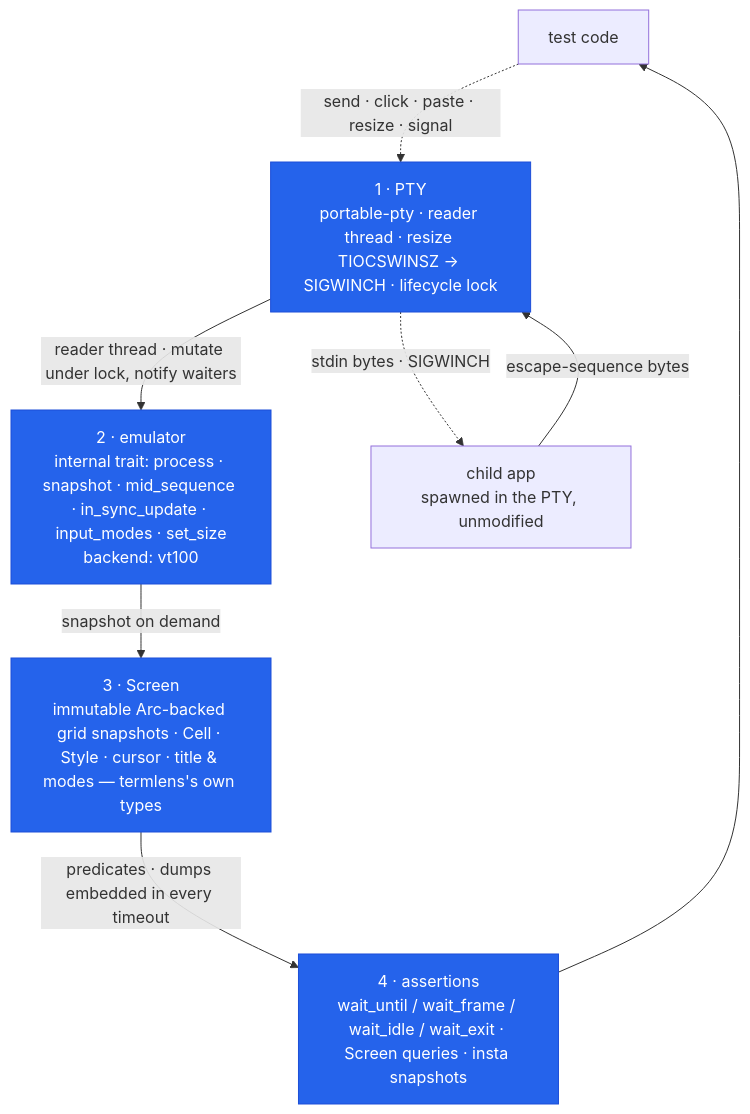
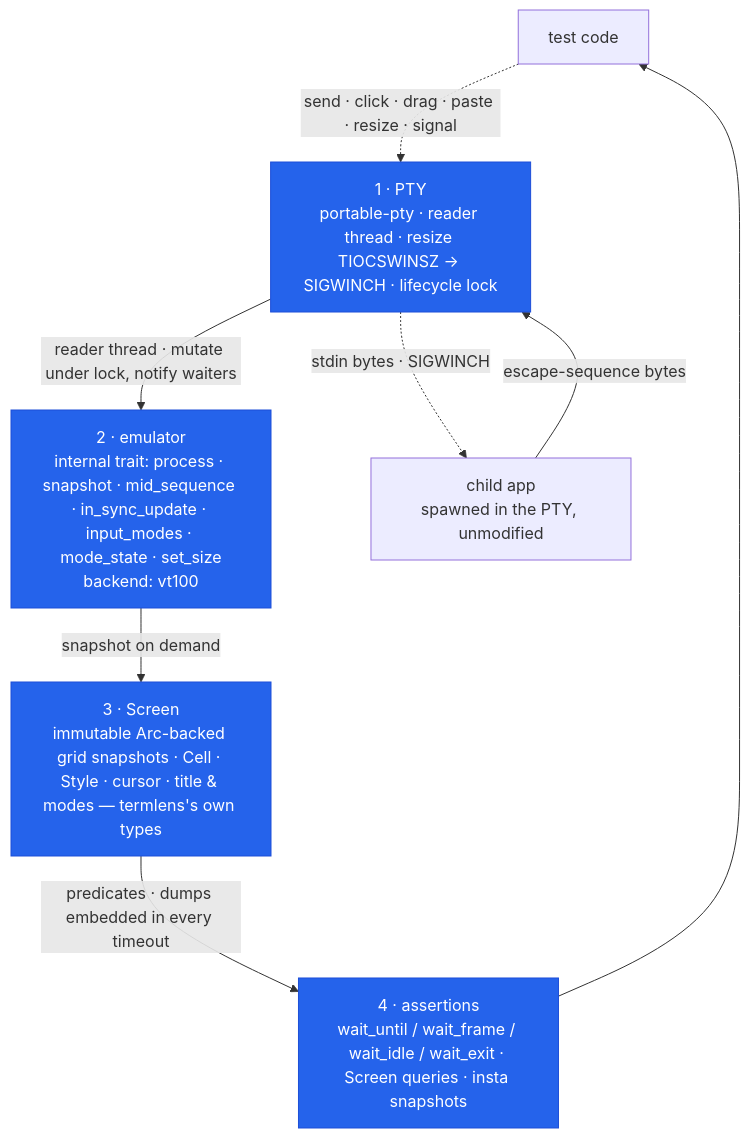
One commit to cestercian/termlens changed the diagram in docs/DESIGN.md. Above: the diagram before and after it, drawn with Mermaid. The commit also changed other lines of this file and 4 other files, not shown here.

````diff
--- a/docs/DESIGN.md
+++ b/docs/DESIGN.md
@@ -9,19 +9,19 @@
 ```mermaid
 flowchart TB
   test["test code"]
   l4["4 · assertions<br/>wait_until / wait_frame / wait_idle / wait_exit · Screen queries · insta snapshots"]
   l3["3 · Screen<br/>immutable Arc-backed grid snapshots · Cell · Style · cursor · title & modes — termlens's own types"]
-  l2["2 · emulator<br/>internal trait: process · snapshot · mid_sequence · in_sync_update · input_modes · set_size<br/>backend: vt100"]
+  l2["2 · emulator<br/>internal trait: process · snapshot · mid_sequence · in_sync_update · input_modes · mode_state · set_size<br/>backend: vt100"]
   l1["1 · PTY<br/>portable-pty · reader thread · resize TIOCSWINSZ → SIGWINCH · lifecycle lock"]
   app["child app<br/>spawned in the PTY, unmodified"]
 
   app -->|"escape-sequence bytes"| l1
   l1 -->|"reader thread · mutate under lock, notify waiters"| l2
   l2 -->|"snapshot on demand"| l3
   l3 -->|"predicates · dumps embedded in every timeout"| l4
   l4 --> test
-  test -.->|"send · click · paste · resize · signal"| l1
+  test -.->|"send · click · drag · paste · resize · signal"| l1
   l1 -.->|"stdin bytes · SIGWINCH"| app
   classDef ours fill:#2563eb,color:#ffffff,stroke:#1d4ed8,stroke-width:1px;
   class l1,l2,l3,l4 ours
 ```
````
